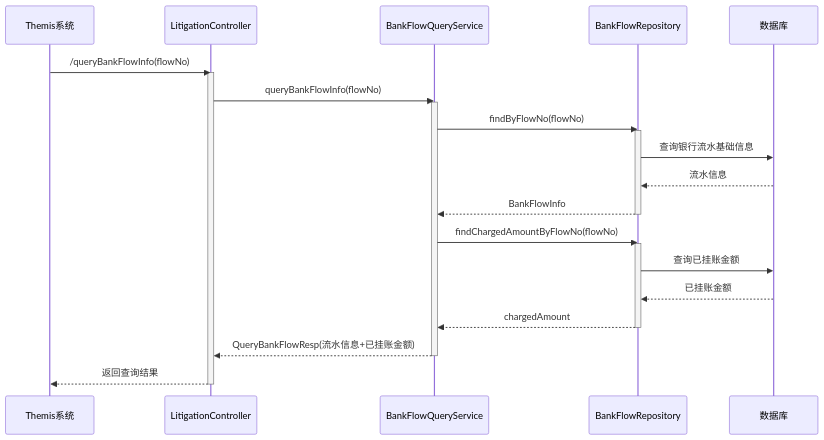
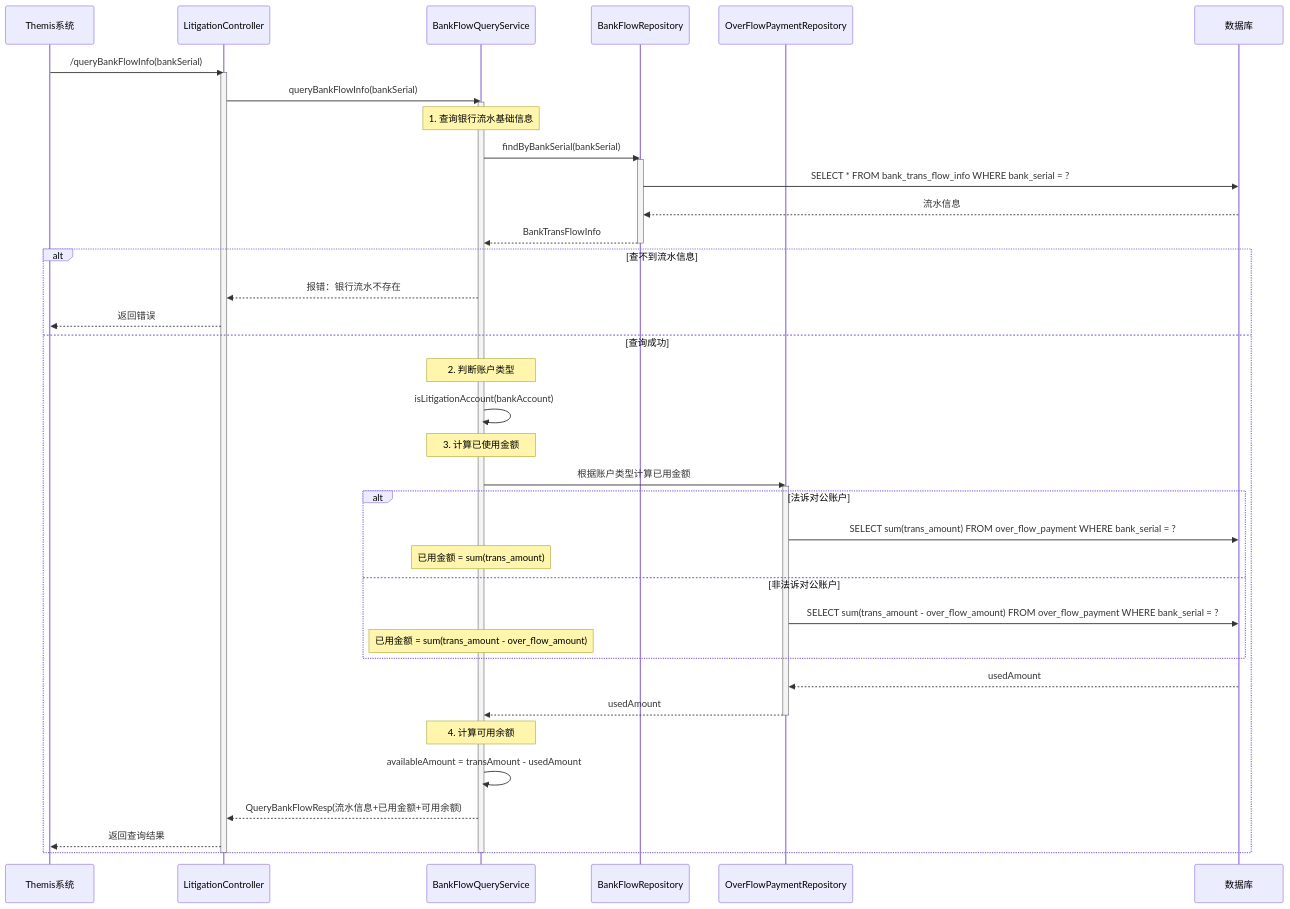
One commit to topson-cn/obsidian_note changed the third of 13 diagrams in shuhe/workspace/accountingoperation/iteration/202502-法诉自动入账/详细设计-AO系统.md. Above: the diagram before and after it, drawn with Mermaid. The commit also changed other lines of this file and 246 other files, not shown here.

````diff
--- a/shuhe/workspace/accountingoperation/iteration/202502-法诉自动入账/详细设计-AO系统.md
+++ b/shuhe/workspace/accountingoperation/iteration/202502-法诉自动入账/详细设计-AO系统.md
@@ -126,34 +227,54 @@
 ```mermaid
 sequenceDiagram
     participant T as Themis系统
     participant C as LitigationController
     participant S as BankFlowQueryService
     participant R as BankFlowRepository
+    participant P as OverFlowPaymentRepository
     participant DB as 数据库
 
-    T->>C: /queryBankFlowInfo(flowNo)
+    T->>C: /queryBankFlowInfo(bankSerial)
     activate C
 
-    C->>S: queryBankFlowInfo(flowNo)
+    C->>S: queryBankFlowInfo(bankSerial)
     activate S
 
-    S->>R: findByFlowNo(flowNo)
+    Note over S: 1. 查询银行流水基础信息
+    S->>R: findByBankSerial(bankSerial)
     activate R
-    R->>DB: 查询银行流水基础信息
+    R->>DB: SELECT * FROM bank_trans_flow_info WHERE bank_serial = ?
     DB-->>R: 流水信息
-    R-->>S: BankFlowInfo
+    R-->>S: BankTransFlowInfo
     deactivate R
 
-    S->>R: findChargedAmountByFlowNo(flowNo)
-    activate R
-    R->>DB: 查询已挂账金额
-    DB-->>R: 已挂账金额
-    R-->>S: chargedAmount
-    deactivate R
+    alt 查不到流水信息
+        S-->>C: 报错：银行流水不存在
+        C-->>T: 返回错误
+    else 查询成功
+        Note over S: 2. 判断账户类型
+        S->>S: isLitigationAccount(bankAccount)
 
-    S-->>C: QueryBankFlowResp(流水信息+已挂账金额)
+        Note over S: 3. 计算已使用金额
+        S->>P: 根据账户类型计算已用金额
+        activate P
+        alt 法诉对公账户
+            P->>DB: SELECT sum(trans_amount) FROM over_flow_payment WHERE bank_serial = ?
+            Note over S: 已用金额 = sum(trans_amount)
+        else 非法诉对公账户
+            P->>DB: SELECT sum(trans_amount - over_flow_amount) FROM over_flow_payment WHERE bank_serial = ?
+            Note over S: 已用金额 = sum(trans_amount - over_flow_amount)
+        end
+        DB-->>P: usedAmount
+        P-->>S: usedAmount
+        deactivate P
+
+        Note over S: 4. 计算可用余额
+        S->>S: availableAmount = transAmount - usedAmount
+
+        S-->>C: QueryBankFlowResp(流水信息+已用金额+可用余额)
+        C-->>T: 返回查询结果
+    end
+
     deactivate S
-
-    C-->>T: 返回查询结果
     deactivate C
 ```
````
